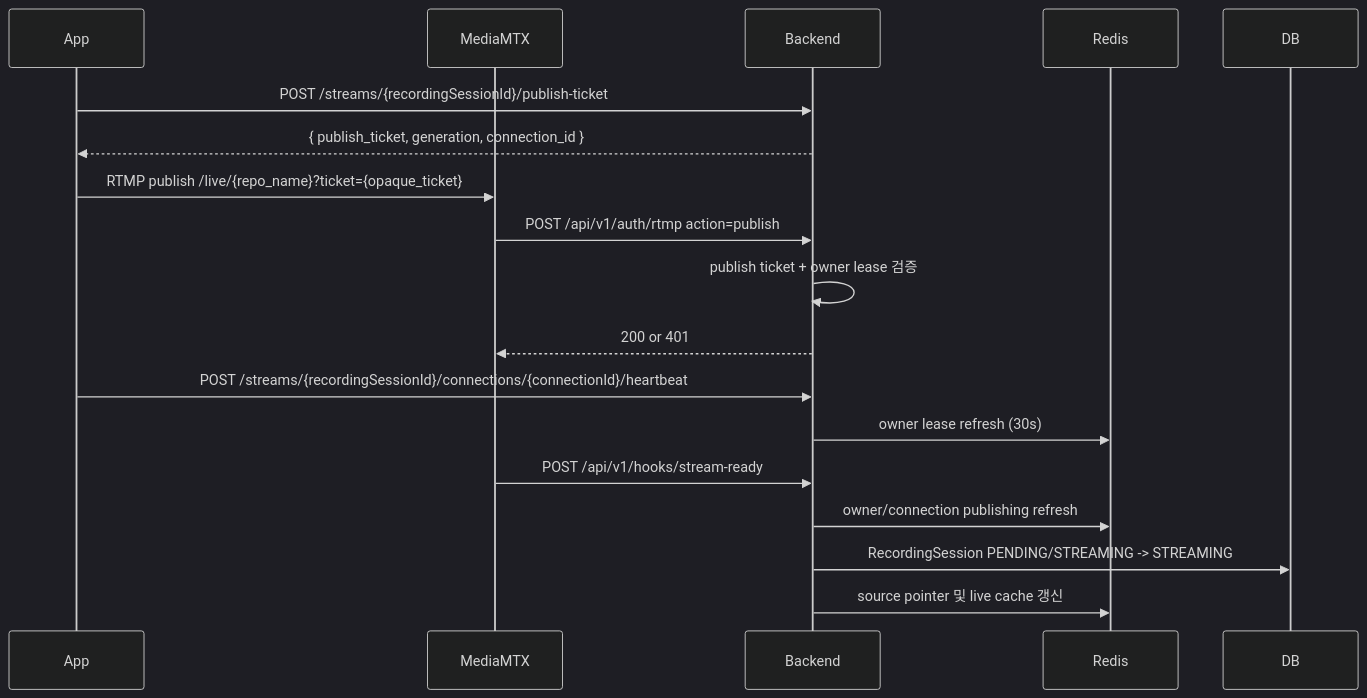
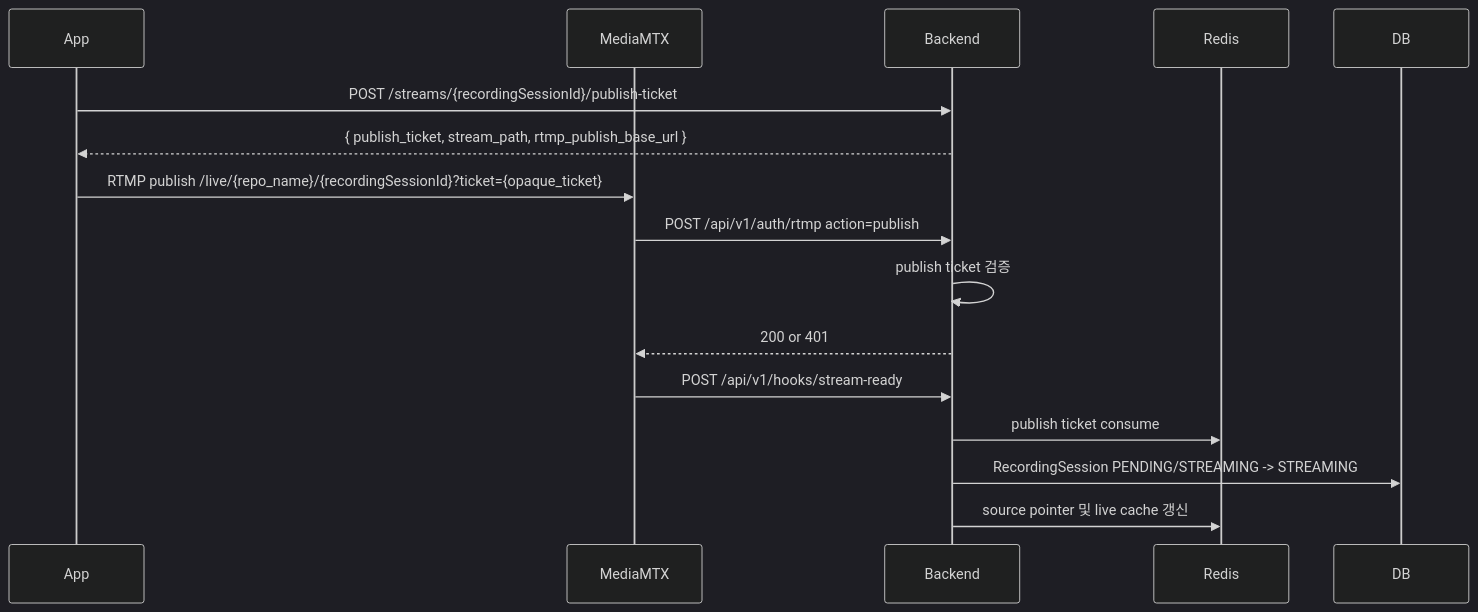
One commit to ego-flow/ego-flow-server changed the third of 7 diagrams in docs/09. project_streaming.md. Above: the diagram before and after it, drawn with Mermaid (dark theme). The commit also changed other lines of this file and 28 other files, not shown here.

Commit message:
[Backend] Publish ticket 구조 단순화

````diff
--- a/docs/09. project_streaming.md
+++ b/docs/09. project_streaming.md
@@ -220,20 +188,18 @@
 ```mermaid
 sequenceDiagram
     participant App
     participant MTX as MediaMTX
     participant BE as Backend
     participant Redis
 
     App->>BE: POST /streams/{recordingSessionId}/publish-ticket
-    BE-->>App: { publish_ticket, generation, connection_id }
-    App->>MTX: RTMP publish /live/{repo_name}?ticket={opaque_ticket}
+    BE-->>App: { publish_ticket, stream_path, rtmp_publish_base_url }
+    App->>MTX: RTMP publish /live/{repo_name}/{recordingSessionId}?ticket={opaque_ticket}
     MTX->>BE: POST /api/v1/auth/rtmp action=publish
-    BE->>BE: publish ticket + owner lease 검증
+    BE->>BE: publish ticket 검증
     BE-->>MTX: 200 or 401
-    App->>BE: POST /streams/{recordingSessionId}/connections/{connectionId}/heartbeat
-    BE->>Redis: owner lease refresh (30s)
     MTX->>BE: POST /api/v1/hooks/stream-ready
-    BE->>Redis: owner/connection publishing refresh
+    BE->>Redis: publish ticket consume
     BE->>DB: RecordingSession PENDING/STREAMING -> STREAMING
     BE->>Redis: source pointer 및 live cache 갱신
 ```
````
